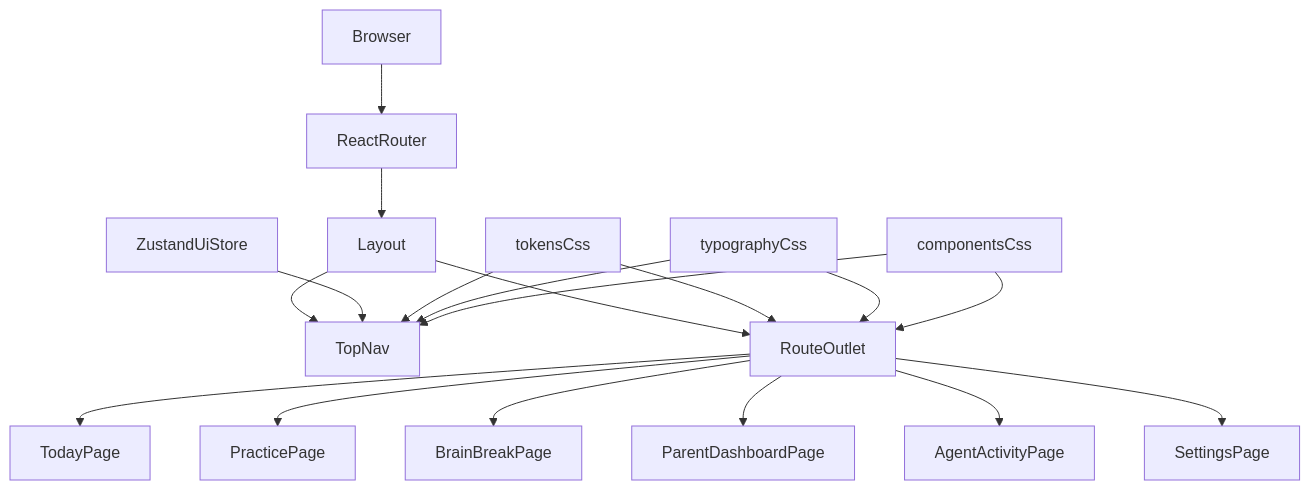
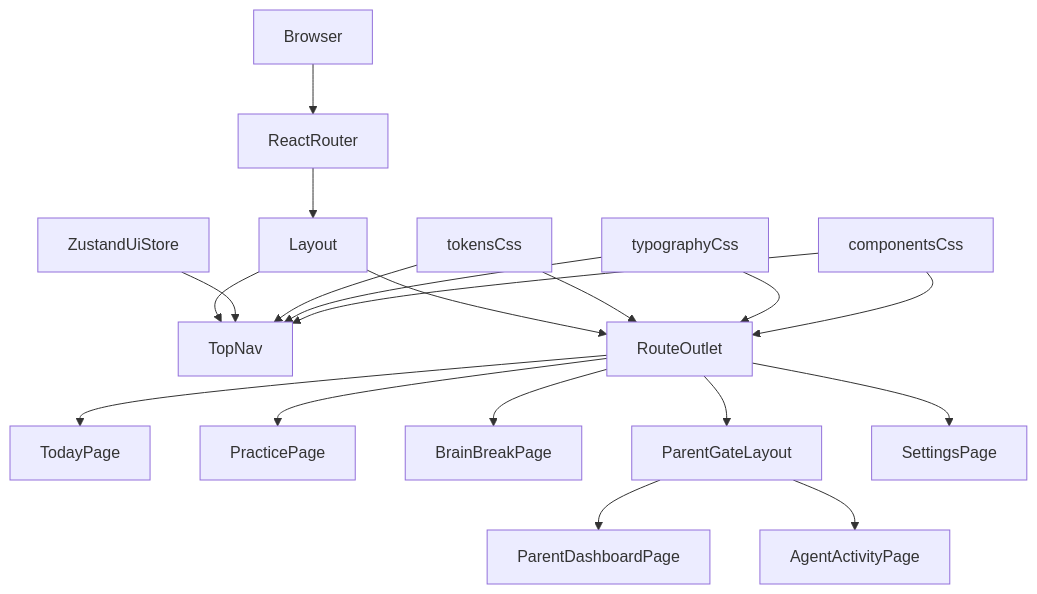
One commit to protektiq/briellesloop changed the second of 8 diagrams in DATA_FLOW_DIAGRAM.md. Above: the diagram before and after it, drawn with Mermaid. The commit also changed other lines of this file and 36 other files, not shown here.

Commit message:
Task 11 Parent Dashboard complete

````diff
--- a/DATA_FLOW_DIAGRAM.md
+++ b/DATA_FLOW_DIAGRAM.md
@@ -50,20 +63,21 @@
 ```mermaid
 flowchart TD
   browser[Browser] --> reactRouter[ReactRouter]
   reactRouter --> layout[Layout]
   layout --> topNav[TopNav]
   layout --> routeOutlet[RouteOutlet]
   uiStore[ZustandUiStore] --> topNav
   routeOutlet --> todayPage[TodayPage]
   routeOutlet --> practicePage[PracticePage]
   routeOutlet --> breakPage[BrainBreakPage]
-  routeOutlet --> parentPage[ParentDashboardPage]
-  routeOutlet --> agentPage[AgentActivityPage]
+  routeOutlet --> parentGate[ParentGateLayout]
+  parentGate --> parentPage[ParentDashboardPage]
+  parentGate --> agentPage[AgentActivityPage]
   routeOutlet --> settingsPage[SettingsPage]
   cssTokens[tokensCss] --> topNav
   cssTypography[typographyCss] --> topNav
   cssComponents[componentsCss] --> topNav
   cssTokens --> routeOutlet
   cssTypography --> routeOutlet
   cssComponents --> routeOutlet
 ```
````
